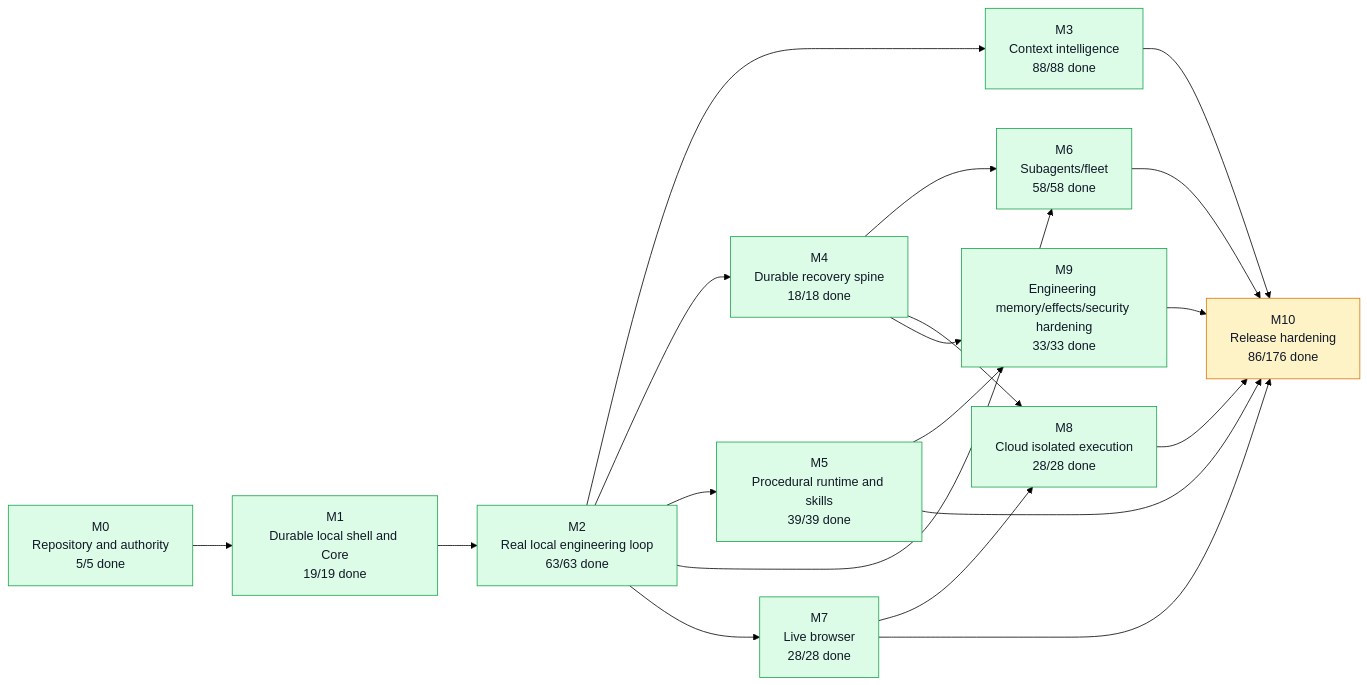
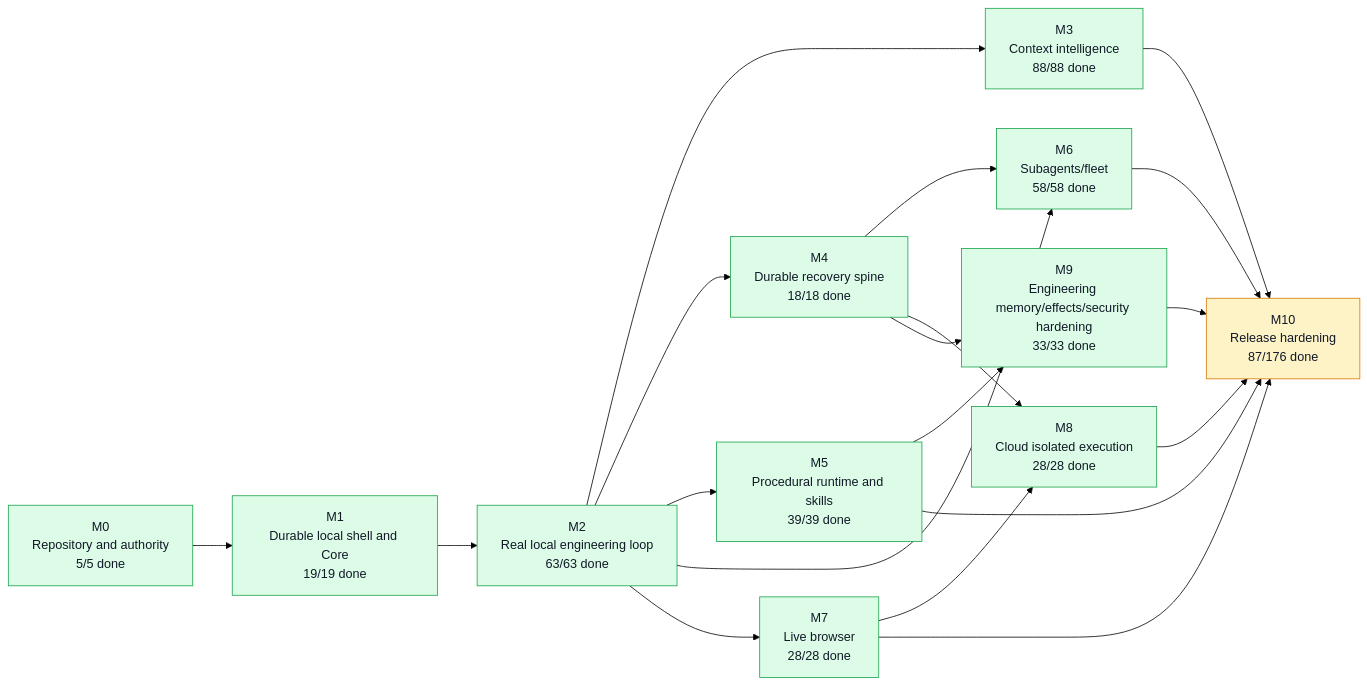
The first of 5 diagrams in graph/PROJECT_GRAPH.md (moss101/modbit), drawn with Mermaid (forest theme) before and after one commit. The commit also changed other lines of this file and 5 other files, not shown here.

````diff
--- a/graph/PROJECT_GRAPH.md
+++ b/graph/PROJECT_GRAPH.md
@@ -57,43 +57,43 @@
 ```mermaid
 flowchart LR
   M0["M0<br/>Repository and authority<br/>5/5 done"]
   M1["M1<br/>Durable local shell and Core<br/>19/19 done"]
   M2["M2<br/>Real local engineering loop<br/>63/63 done"]
   M3["M3<br/>Context intelligence<br/>88/88 done"]
   M4["M4<br/>Durable recovery spine<br/>18/18 done"]
   M5["M5<br/>Procedural runtime and skills<br/>39/39 done"]
   M6["M6<br/>Subagents/fleet<br/>58/58 done"]
   M7["M7<br/>Live browser<br/>28/28 done"]
   M8["M8<br/>Cloud isolated execution<br/>28/28 done"]
   M9["M9<br/>Engineering memory/effects/security hardening<br/>33/33 done"]
-  M10["M10<br/>Release hardening<br/>86/176 done"]
+  M10["M10<br/>Release hardening<br/>87/176 done"]
   M0 --> M1
   M1 --> M2
   M2 --> M3
   M2 --> M4
   M2 --> M5
   M2 --> M6
   M4 --> M6
   M2 --> M7
   M4 --> M8
   M7 --> M8
   M4 --> M9
   M5 --> M9
   M3 --> M10
   M5 --> M10
   M6 --> M10
   M7 --> M10
   M8 --> M10
   M9 --> M10
   style M0 fill:#dcfce7,stroke:#16a34a,color:#111827
   style M1 fill:#dcfce7,stroke:#16a34a,color:#111827
   style M2 fill:#dcfce7,stroke:#16a34a,color:#111827
   style M3 fill:#dcfce7,stroke:#16a34a,color:#111827
   style M4 fill:#dcfce7,stroke:#16a34a,color:#111827
   style M5 fill:#dcfce7,stroke:#16a34a,color:#111827
   style M6 fill:#dcfce7,stroke:#16a34a,color:#111827
   style M7 fill:#dcfce7,stroke:#16a34a,color:#111827
   style M8 fill:#dcfce7,stroke:#16a34a,color:#111827
   style M9 fill:#dcfce7,stroke:#16a34a,color:#111827
   style M10 fill:#fef3c7,stroke:#d97706,color:#111827
 ```
````
